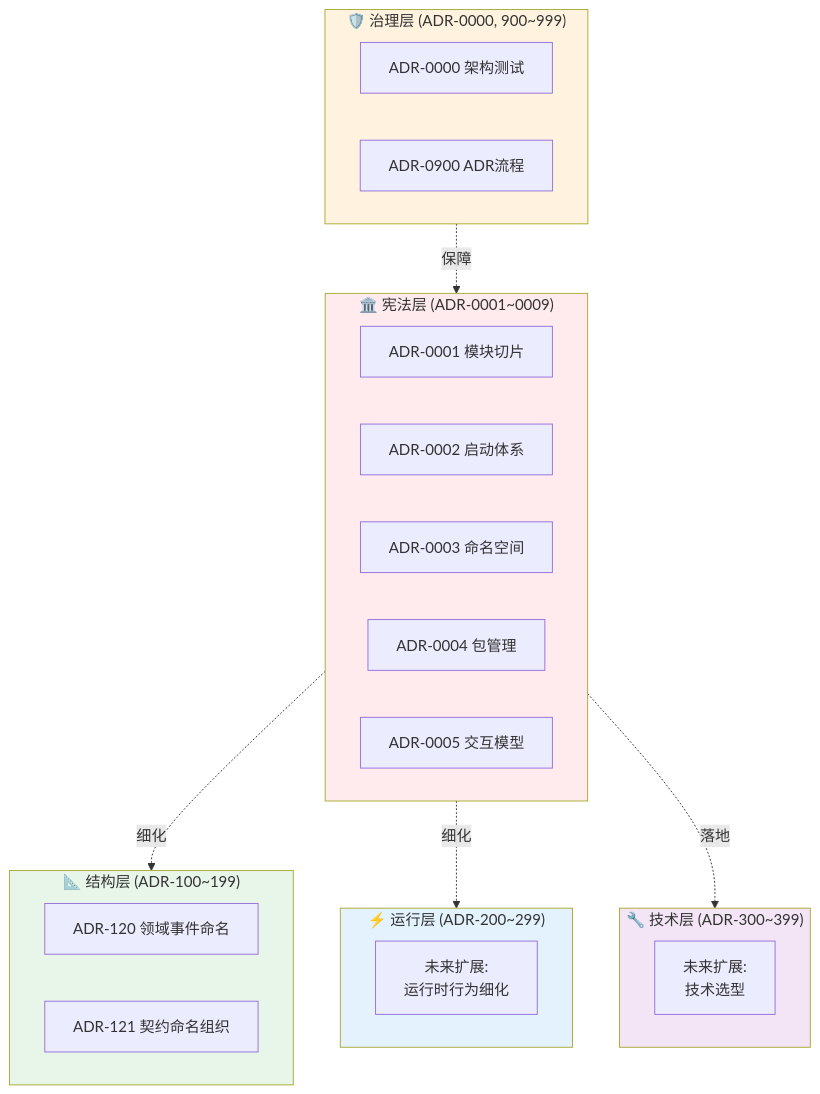
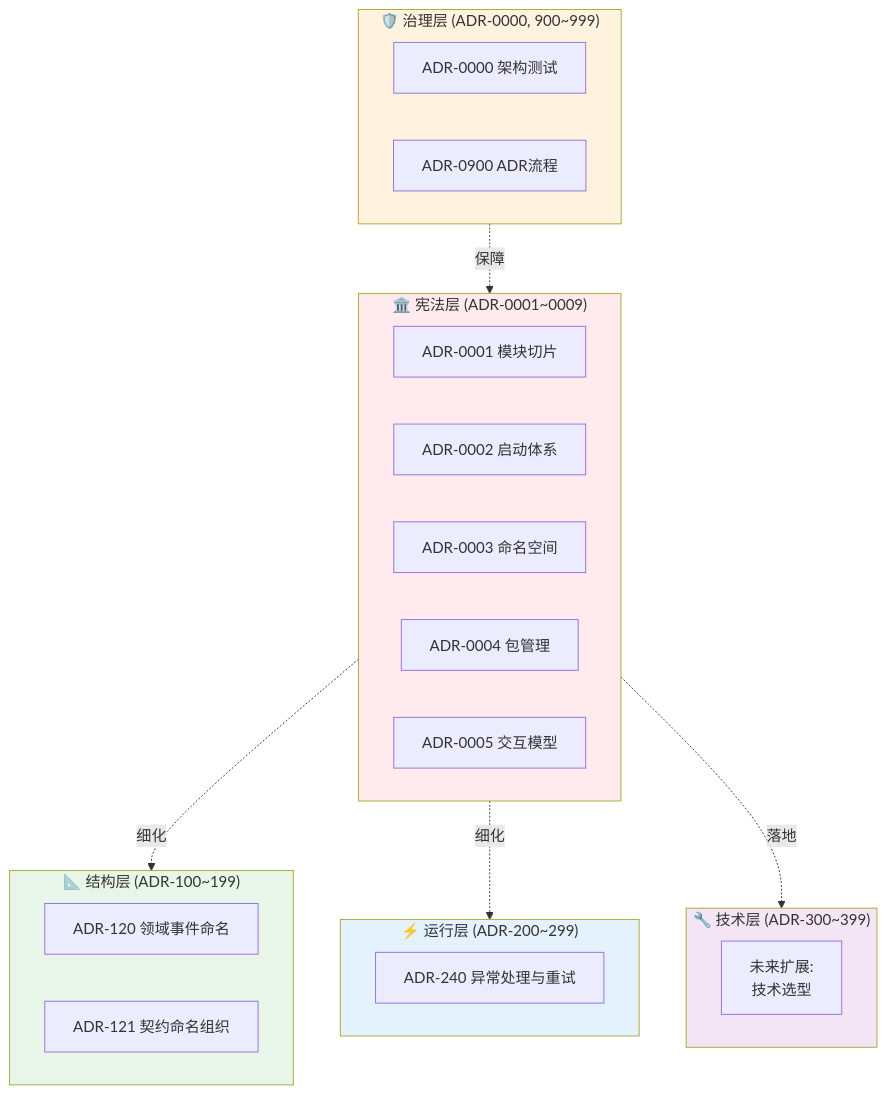
Before and after one commit to douhuaa/Zss.BilliardHall: the diagram in docs/adr/README.md, drawn with Mermaid. The commit also changed other lines of this file and 9 other files, not shown here.

````diff
--- a/docs/adr/README.md
+++ b/docs/adr/README.md
@@ -78,38 +78,38 @@
 ```mermaid
 graph TB
     subgraph Constitutional["🏛️ 宪法层 (ADR-0001~0009)"]
         C1[ADR-0001 模块切片]
         C2[ADR-0002 启动体系]
         C3[ADR-0003 命名空间]
         C4[ADR-0004 包管理]
         C5[ADR-0005 交互模型]
     end
 
     subgraph Governance["🛡️ 治理层 (ADR-0000, 900~999)"]
         G0[ADR-0000 架构测试]
         G900[ADR-0900 ADR流程]
     end
 
     subgraph Structure["📐 结构层 (ADR-100~199)"]
         S120[ADR-120 领域事件命名]
         S121[ADR-121 契约命名组织]
     end
 
     subgraph Runtime["⚡ 运行层 (ADR-200~299)"]
-        R[未来扩展:<br/>运行时行为细化]
+        R240[ADR-240 异常处理与重试]
     end
 
     subgraph Technical["🔧 技术层 (ADR-300~399)"]
         T[未来扩展:<br/>技术选型]
     end
 
     Governance -. 保障 .-> Constitutional
     Constitutional -. 细化 .-> Structure
     Constitutional -. 细化 .-> Runtime
     Constitutional -. 落地 .-> Technical
     style Constitutional fill: #ffebee
     style Governance fill: #fff3e0
     style Structure fill: #e8f5e9
     style Runtime fill: #e3f2fd
     style Technical fill: #f3e5f5
 ```
````
